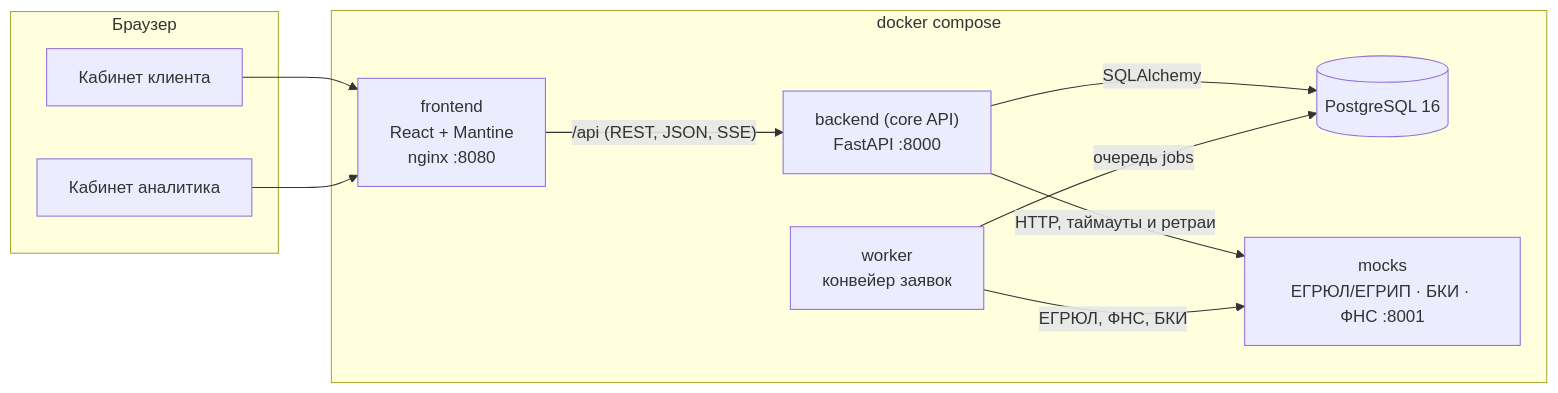
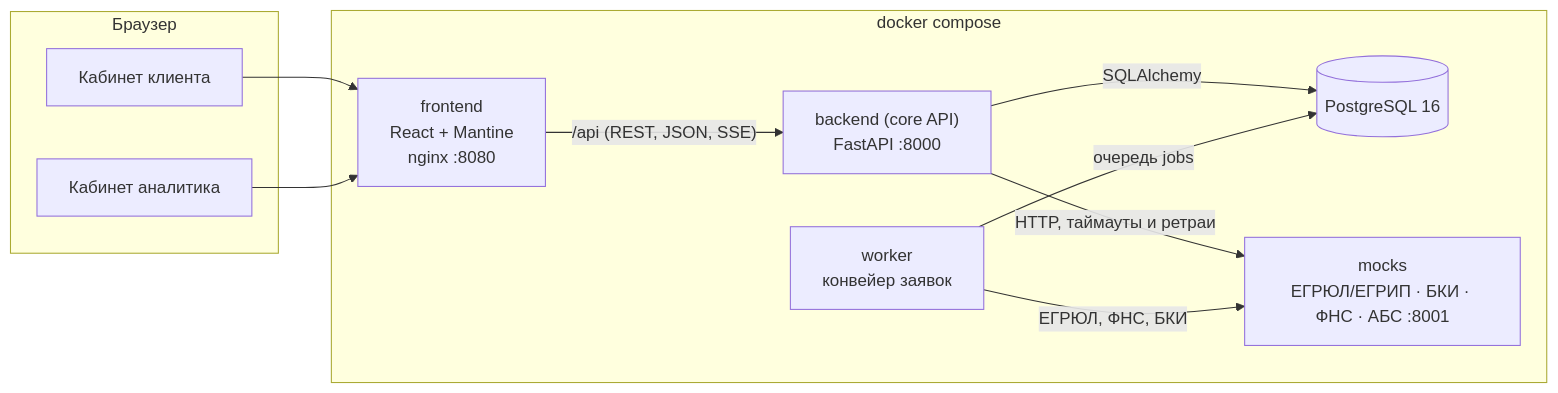
The first of 3 diagrams in docs/architecture.md (MrFerrumL/alpha-smart-credit-cabinet), drawn with Mermaid before and after one commit. The commit also changed other lines of this file and 36 other files, not shown here.

````diff
--- a/docs/architecture.md
+++ b/docs/architecture.md
@@ -5,23 +5,23 @@
 ```mermaid
 flowchart LR
     subgraph Browser["Браузер"]
         C["Кабинет клиента"]
         A["Кабинет аналитика"]
     end
 
     subgraph Docker["docker compose"]
         FE["frontend<br/>React + Mantine<br/>nginx :8080"]
         BE["backend (core API)<br/>FastAPI :8000"]
         WK["worker<br/>конвейер заявок"]
         DB[("PostgreSQL 16")]
-        MK["mocks<br/>ЕГРЮЛ/ЕГРИП · БКИ · ФНС :8001"]
+        MK["mocks<br/>ЕГРЮЛ/ЕГРИП · БКИ · ФНС · АБС :8001"]
     end
 
     C --> FE
     A --> FE
     FE -- "/api (REST, JSON, SSE)" --> BE
     BE -- "SQLAlchemy" --> DB
     BE -- "HTTP, таймауты и ретраи" --> MK
     WK -- "очередь jobs" --> DB
     WK -- "ЕГРЮЛ, ФНС, БКИ" --> MK
 ```
````
